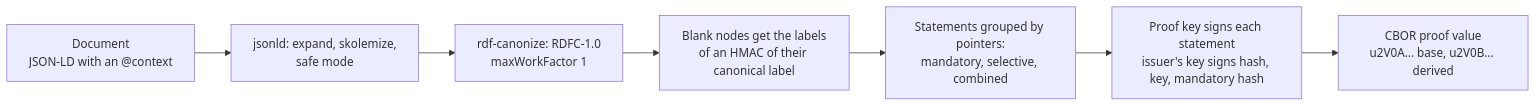
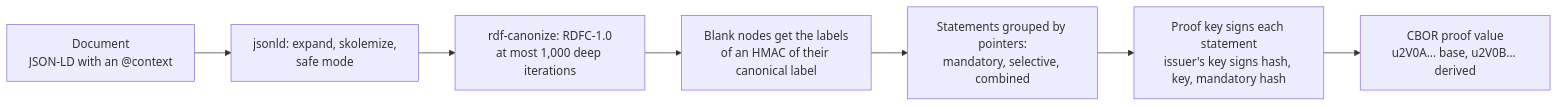
Before and after one commit to interopkit/interopkit: the second of 2 diagrams in docs/selective-disclosure/proofs.md, drawn with Mermaid. The commit also changed other lines of this file and 18 other files, not shown here.

First line of the commit message:
Bound the work of the JSON-LD processors in selective-disclosure with maxTokens and a fixed count of deep iterations

````diff
--- a/docs/selective-disclosure/proofs.md
+++ b/docs/selective-disclosure/proofs.md
@@ -23,9 +23,9 @@
 ```mermaid
 flowchart LR
   doc["Document<br/>JSON-LD with an @context"] --> expand["jsonld: expand, skolemize,<br/>safe mode"]
-  expand --> canon["rdf-canonize: RDFC-1.0<br/>maxWorkFactor 1"]
+  expand --> canon["rdf-canonize: RDFC-1.0<br/>at most 1,000 deep iterations"]
   canon --> label["Blank nodes get the labels<br/>of an HMAC of their canonical label"]
   label --> group["Statements grouped by pointers:<br/>mandatory, selective, combined"]
   group --> sign["Proof key signs each statement<br/>issuer's key signs hash, key, mandatory hash"]
   sign --> cbor["CBOR proof value<br/>u2V0A... base, u2V0B... derived"]
 ```
````
